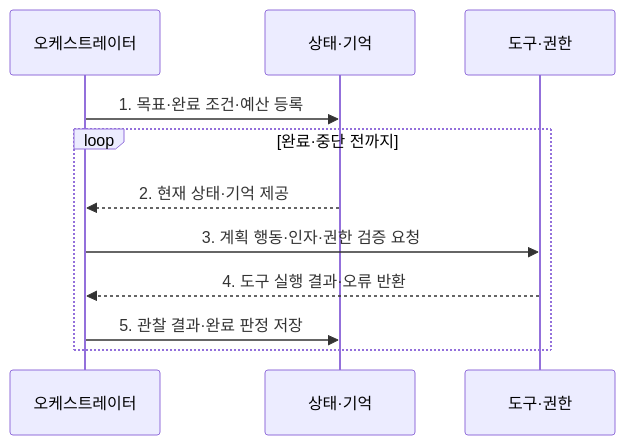
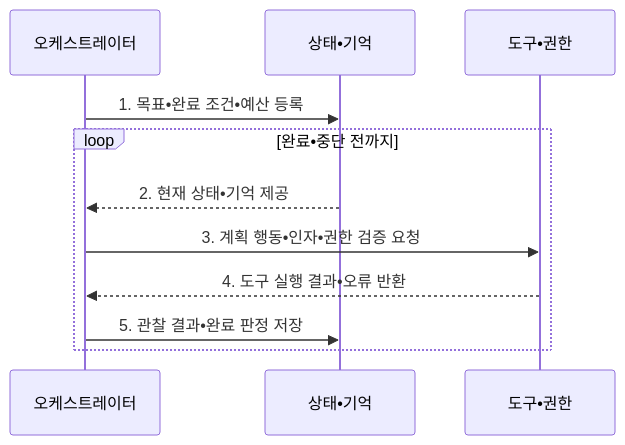
The second of 2 diagrams in src/content/docs/notes/08-latest-tech/001_ai_agent_system.md (agnusdei1207/knowledge-base), drawn with Mermaid before and after one commit. The commit also changed other lines of this file and 953 other files, not shown here.

````diff
--- a/src/content/docs/notes/08-latest-tech/001_ai_agent_system.md
+++ b/src/content/docs/notes/08-latest-tech/001_ai_agent_system.md
@@ -98,13 +98,13 @@
 ```mermaid
 sequenceDiagram
     participant O as 오케스트레이터
-    participant S as 상태·기억
-    participant T as 도구·권한
-    O->>S: 1. 목표·완료 조건·예산 등록
-    loop 완료·중단 전까지
-        S-->>O: 2. 현재 상태·기억 제공
-        O->>T: 3. 계획 행동·인자·권한 검증 요청
-        T-->>O: 4. 도구 실행 결과·오류 반환
-        O->>S: 5. 관찰 결과·완료 판정 저장
+    participant S as 상태•기억
+    participant T as 도구•권한
+    O->>S: 1. 목표•완료 조건•예산 등록
+    loop 완료•중단 전까지
+        S-->>O: 2. 현재 상태•기억 제공
+        O->>T: 3. 계획 행동•인자•권한 검증 요청
+        T-->>O: 4. 도구 실행 결과•오류 반환
+        O->>S: 5. 관찰 결과•완료 판정 저장
     end
 ```
````
